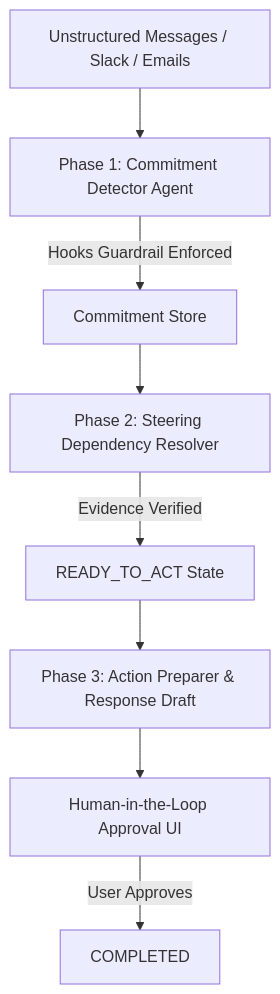
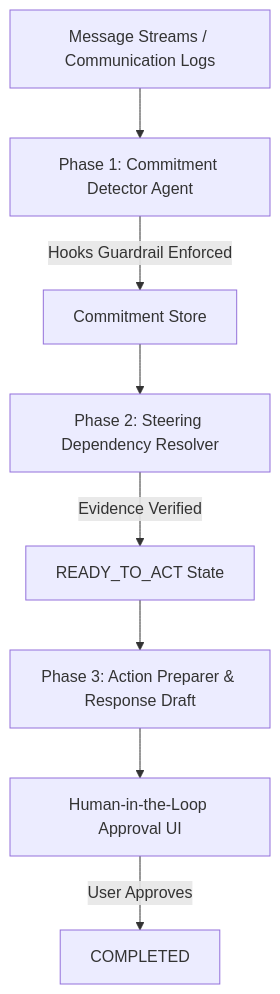
One commit to lina1197/Loose-Ends changed the diagram in README.md. Above: the diagram before and after it, drawn with Mermaid. The commit also changed other lines of this file, not shown here.

````diff
--- a/README.md
+++ b/README.md
@@ -16,10 +16,10 @@
 ```mermaid
 graph TD
-    A[Unstructured Messages / Slack / Emails] --> B[Phase 1: Commitment Detector Agent]
+    A[Message Streams / Communication Logs] --> B[Phase 1: Commitment Detector Agent]
     B -->|Hooks Guardrail Enforced| C[Commitment Store]
     C --> D[Phase 2: Steering Dependency Resolver]
     D -->|Evidence Verified| E[READY_TO_ACT State]
     E --> F[Phase 3: Action Preparer & Response Draft]
     F --> G[Human-in-the-Loop Approval UI]
     G -->|User Approves| H[COMPLETED]
 ```
````
